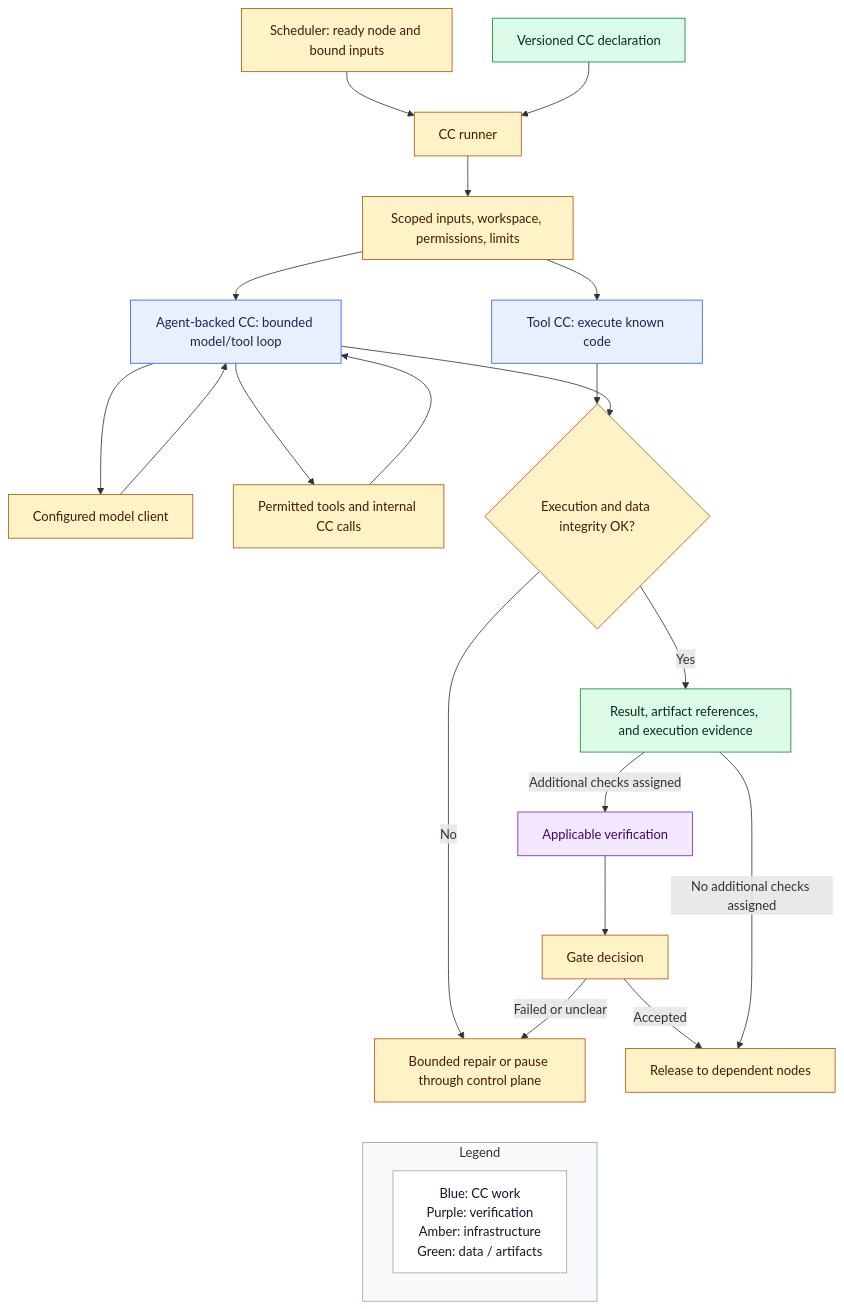
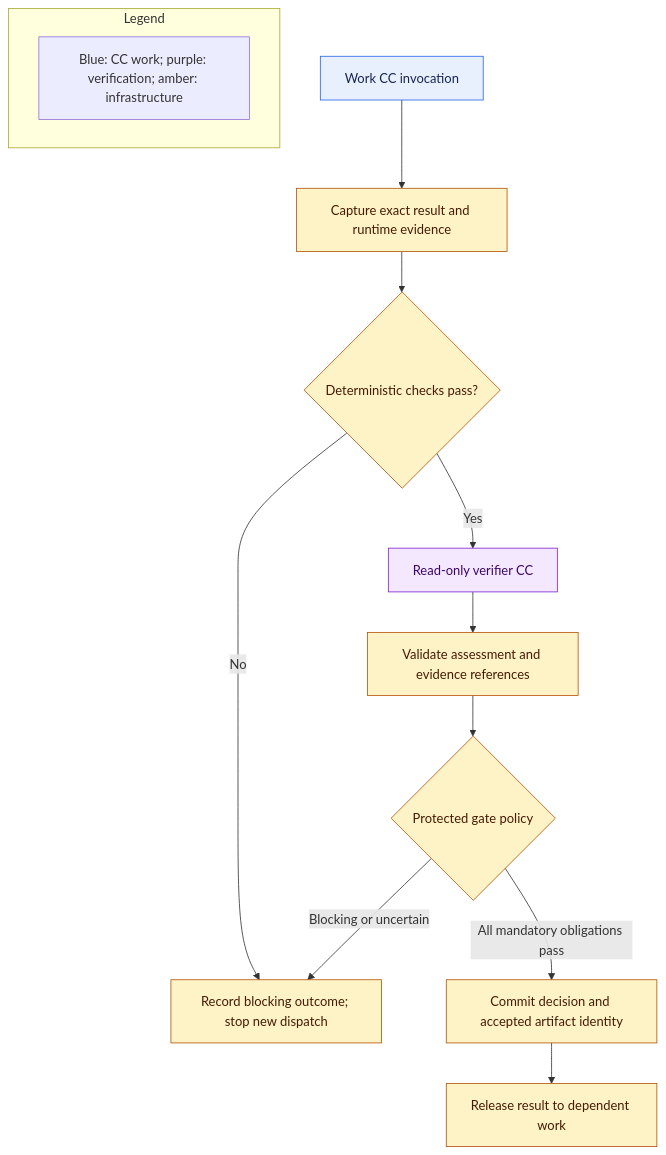
One commit to Stellven/jiuwenswarm changed the diagram in docs/architecture/capsules.md. Above: the diagram before and after it, drawn with Mermaid. The commit also changed other lines of this file and 12 other files, not shown here.

Commit message:
Prepare M1 architecture and intent-trial Spec Kit handoff

````diff
--- a/docs/architecture/capsules.md
+++ b/docs/architecture/capsules.md
@@ -13,35 +13,21 @@
 ```mermaid
 flowchart TB
-    Scheduler[Scheduler: ready node and bound inputs] --> Runner[CC runner]
-    Definition[Versioned CC declaration] --> Runner
-    Runner --> Context[Scoped inputs, workspace, permissions, limits]
-    Context --> Tool[Tool CC: execute known code]
-    Context --> Agent[Agent-backed CC: bounded model/tool loop]
-    Agent --> Model[Configured model client]
-    Model --> Agent
-    Agent --> Tools[Permitted tools and internal CC calls]
-    Tools --> Agent
-    Tool --> Outcome{Execution and data integrity OK?}
-    Agent --> Outcome
-    Outcome -->|No| Control[Bounded repair or pause through control plane]
-    Outcome -->|Yes| Result[Result, artifact references, and execution evidence]
-    Result -->|Additional checks assigned| Checks[Applicable verification]
-    Checks --> Gate[Gate decision]
-    Gate -->|Accepted| Release[Release to dependent nodes]
-    Result -->|No additional checks assigned| Release
-    Gate -->|Failed or unclear| Control
+    Work[Work CC invocation] --> Capture[Capture exact result and runtime evidence]
+    Capture --> T1{Deterministic checks pass?}
+    T1 -->|No| Halt[Record blocking outcome; stop new dispatch]
+    T1 -->|Yes| Verifier[Read-only verifier CC]
+    Verifier --> Validate[Validate assessment and evidence references]
+    Validate --> Gate{Protected gate policy}
+    Gate -->|Blocking or uncertain| Halt
+    Gate -->|All mandatory obligations pass| Commit[Commit decision and accepted artifact identity]
+    Commit --> Next[Release result to dependent work]
     subgraph Legend[Legend]
-        LKey["Blue: CC work<br/>Purple: verification<br/>Amber: infrastructure<br/>Green: data / artifacts"]
+        Key[Blue: CC work; purple: verification; amber: infrastructure]
     end
-    Control ~~~ Legend
     classDef work fill:#E8F0FE,stroke:#2563EB,color:#172554
     classDef verify fill:#F3E8FF,stroke:#7E22CE,color:#3B0764
     classDef control fill:#FEF3C7,stroke:#B45309,color:#451A03
-    classDef data fill:#DCFCE7,stroke:#15803D,color:#052E16
-    class Tool,Agent work
-    class Checks verify
-    class Scheduler,Runner,Context,Model,Tools,Outcome,Gate,Release,Control control
-    class Definition,Result data
-    style Legend fill:#F8FAFC,stroke:#94A3B8
-    style LKey fill:#FFFFFF,stroke:#94A3B8,color:#0F172A
+    class Work work
+    class Verifier verify
+    class Capture,T1,Halt,Validate,Gate,Commit,Next control
 ```
````
